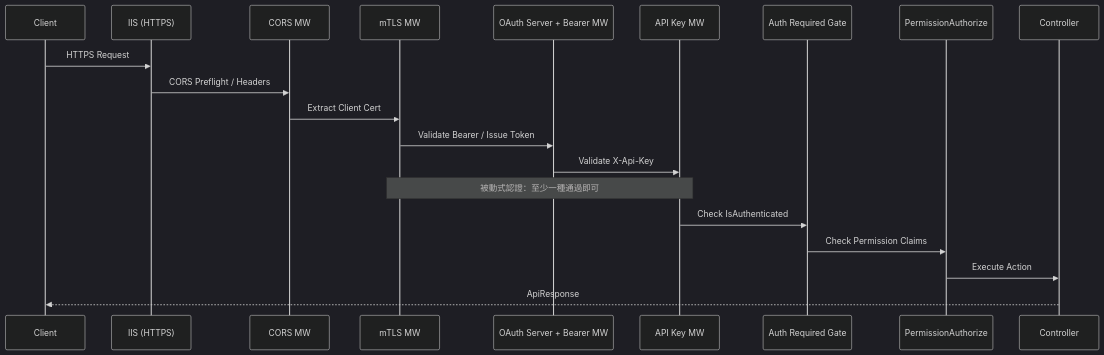
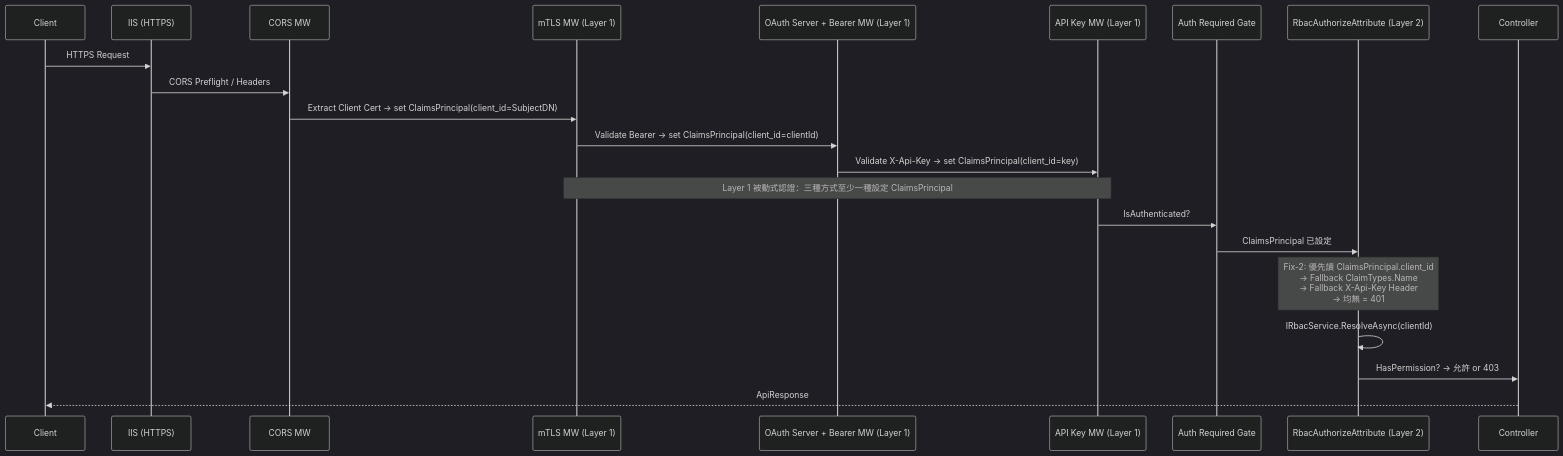
Before and after one commit to fdjy1234/SKERPAPI: the third of 6 diagrams in docs/SKERPAPI-Architecture-Document.md, drawn with Mermaid (dark theme). The commit also changed other lines of this file and 11 other files, not shown here.

Commit message:
Fix RBAC authorization to honor layer 1 principals

````diff
--- a/docs/SKERPAPI-Architecture-Document.md
+++ b/docs/SKERPAPI-Architecture-Document.md
@@ -217,23 +230,25 @@
 ```mermaid
 sequenceDiagram
     participant C as Client
     participant IIS as IIS (HTTPS)
     participant CORS as CORS MW
-    participant mTLS as mTLS MW
-    participant OAuth as OAuth Server + Bearer MW
-    participant AK as API Key MW
+    participant mTLS as mTLS MW (Layer 1)
+    participant OAuth as OAuth Server + Bearer MW (Layer 1)
+    participant AK as API Key MW (Layer 1)
     participant Gate as Auth Required Gate
-    participant AuthZ as PermissionAuthorize
+    participant RbacFilter as RbacAuthorizeAttribute (Layer 2)
     participant Ctrl as Controller
 
     C->>IIS: HTTPS Request
     IIS->>CORS: CORS Preflight / Headers
-    CORS->>mTLS: Extract Client Cert
-    mTLS->>OAuth: Validate Bearer / Issue Token
-    OAuth->>AK: Validate X-Api-Key
-    Note over mTLS,AK: 被動式認證：至少一種通過即可
-    AK->>Gate: Check IsAuthenticated
-    Gate->>AuthZ: Check Permission Claims
-    AuthZ->>Ctrl: Execute Action
+    CORS->>mTLS: Extract Client Cert → set ClaimsPrincipal(client_id=SubjectDN)
+    mTLS->>OAuth: Validate Bearer → set ClaimsPrincipal(client_id=clientId)
+    OAuth->>AK: Validate X-Api-Key → set ClaimsPrincipal(client_id=key)
+    Note over mTLS,AK: Layer 1 被動式認證：三種方式至少一種設定 ClaimsPrincipal
+    AK->>Gate: IsAuthenticated?
+    Gate->>RbacFilter: ClaimsPrincipal 已設定
+    Note over RbacFilter: Fix-2: 優先讀 ClaimsPrincipal.client_id<br/>→ Fallback ClaimTypes.Name<br/>→ Fallback X-Api-Key Header<br/>→ 均無 = 401
+    RbacFilter->>RbacFilter: IRbacService.ResolveAsync(clientId)
+    RbacFilter->>Ctrl: HasPermission? → 允許 or 403
     Ctrl-->>C: ApiResponse
 ```
````
